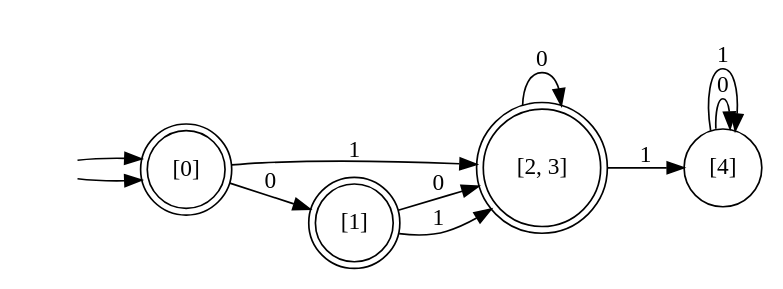
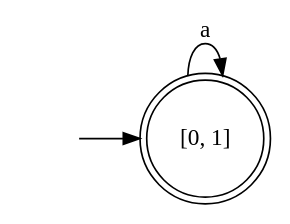
The diagram in automataD.gv (donmatthiuz/Laboratorios_Teoria_Computacion-), drawn with Graphviz before and after one commit. The commit also changed 4 other files, not shown here.

```diff
--- a/automataD.gv
+++ b/automataD.gv
@@ -1,20 +1,9 @@
 digraph finite_state_machine {
 	rankdir=LR size="8,5"
 	node [shape=doublecircle]
-	"[2, 3]"
-	"[0]"
-	"[1]"
+	"[0, 1]"
 	node [shape=circle]
-	"[4]" -> "[4]" [label=0]
-	"[4]" -> "[4]" [label=1]
-	"[2, 3]" -> "[2, 3]" [label=0]
-	"[2, 3]" -> "[4]" [label=1]
 	"" [style=invis]
-	"" -> "[0]"
-	"[0]" -> "[1]" [label=0]
-	"" [style=invis]
-	"" -> "[0]"
-	"[0]" -> "[2, 3]" [label=1]
-	"[1]" -> "[2, 3]" [label=0]
-	"[1]" -> "[2, 3]" [label=1]
+	"" -> "[0, 1]"
+	"[0, 1]" -> "[0, 1]" [label=a]
 }
```
